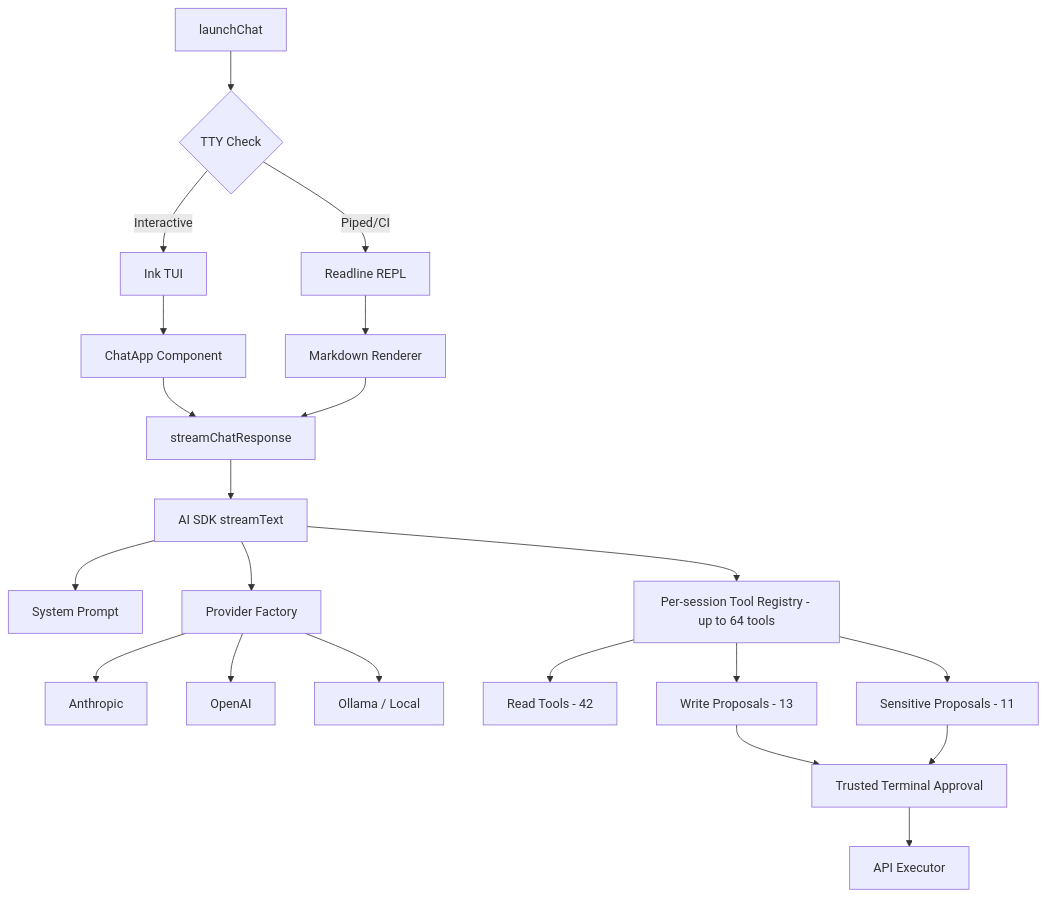
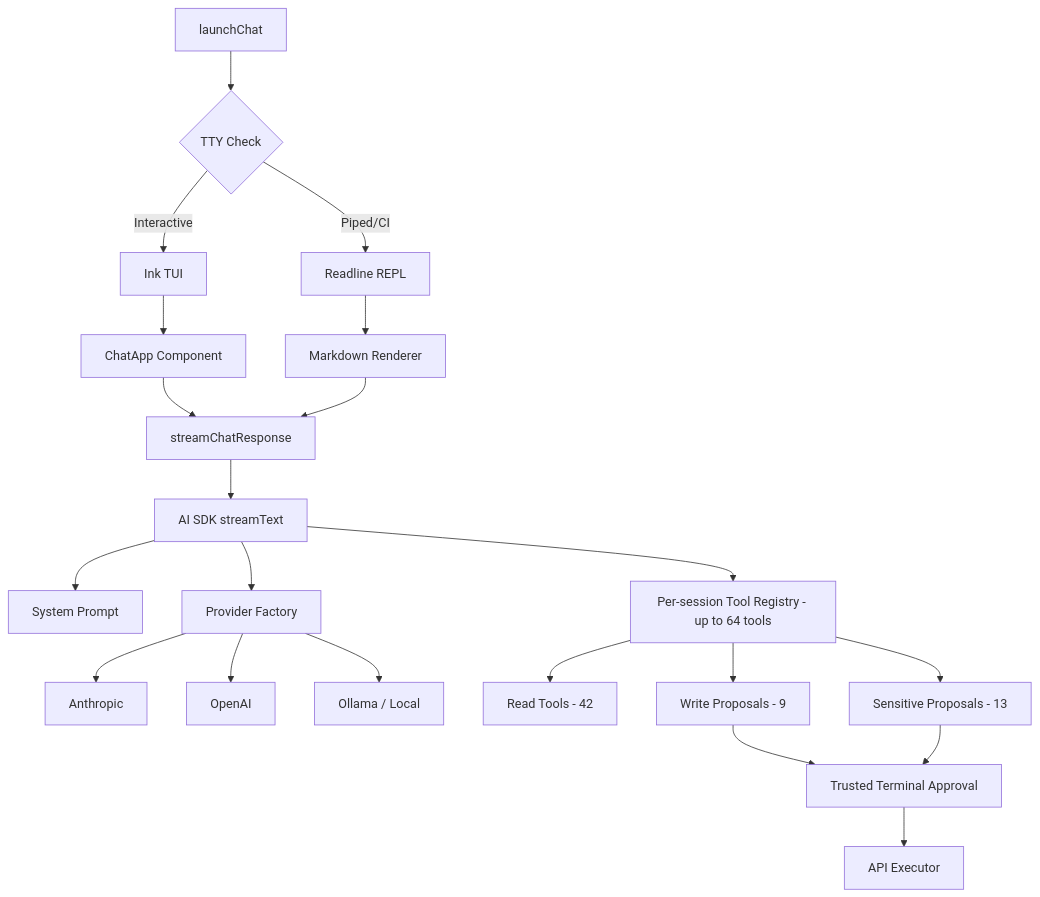
Before and after one commit to projectachilles/ProjectAchilles: the diagram in wiki/docs/user-guide/cli/chat-agent.md, drawn with Mermaid. The commit also changed other lines of this file and 136 other files, not shown here.

````diff
--- a/wiki/docs/user-guide/cli/chat-agent.md
+++ b/wiki/docs/user-guide/cli/chat-agent.md
@@ -17,28 +17,28 @@
 ```mermaid
 graph TD
     A[launchChat] --> B{TTY Check}
     B -->|Interactive| C[Ink TUI]
     B -->|Piped/CI| D[Readline REPL]
 
     C --> E[ChatApp Component]
     D --> F[Markdown Renderer]
 
     E --> G[streamChatResponse]
     F --> G
 
     G --> H[AI SDK streamText]
     H --> I[System Prompt]
     H --> J[Per-session Tool Registry - up to 64 tools]
     H --> K[Provider Factory]
 
     K --> L[Anthropic]
     K --> M[OpenAI]
     K --> N[Ollama / Local]
 
     J --> O[Read Tools - 42]
-    J --> P[Write Proposals - 13]
-    J --> Q[Sensitive Proposals - 11]
+    J --> P[Write Proposals - 9]
+    J --> Q[Sensitive Proposals - 13]
     P --> R[Trusted Terminal Approval]
     Q --> R
     R --> S[API Executor]
 ```
````
